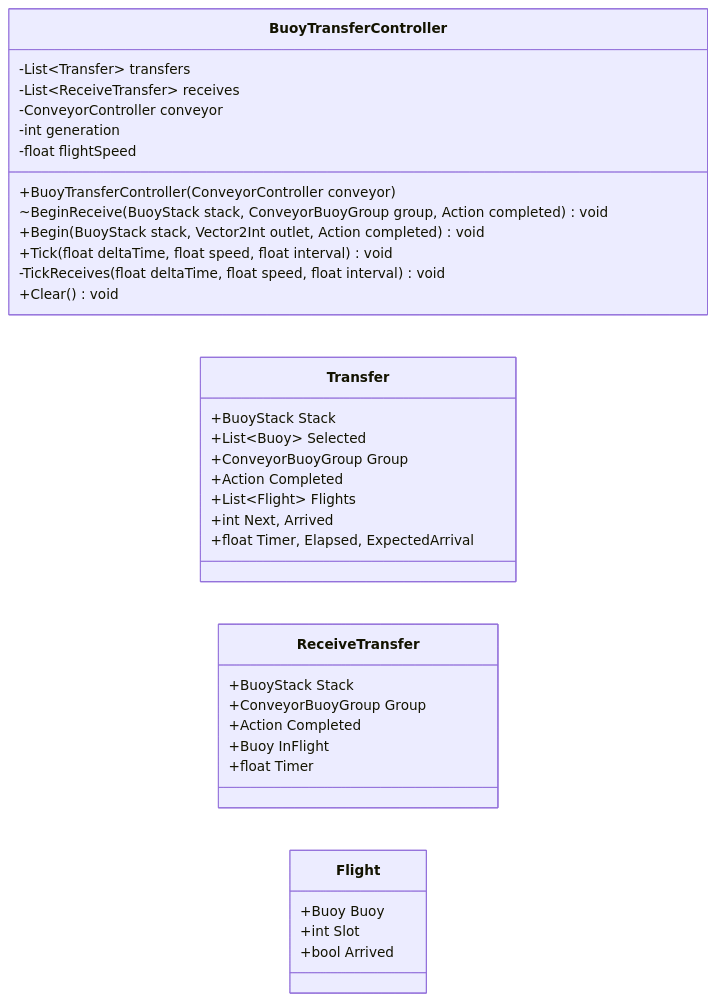
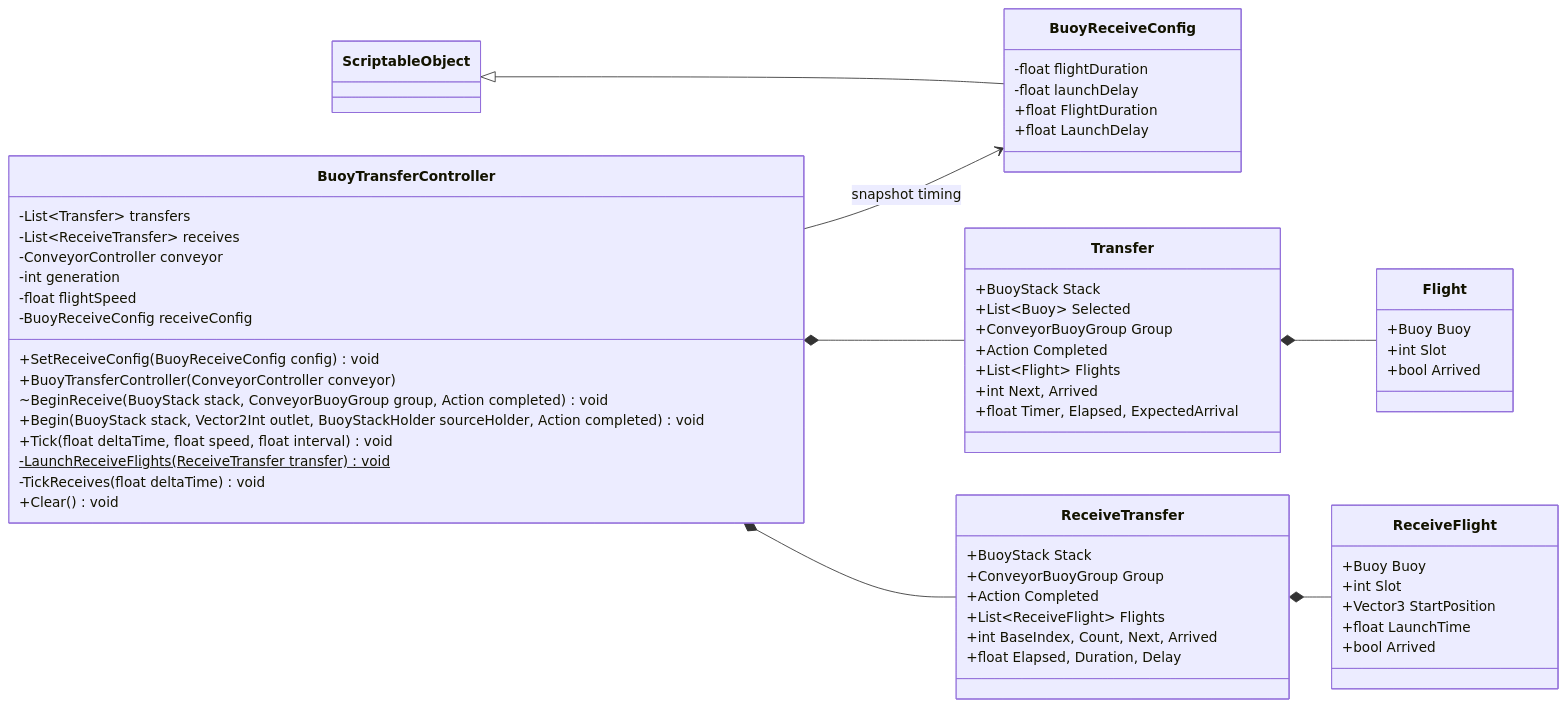
Before and after one commit to nchuoi2443/WaterConveyorSort: the fifth of 7 diagrams in Docs/ClassDiagram.md, drawn with Mermaid. The commit also changed other lines of this file and 25 other files, not shown here.

Commit message:
fix logic change stack in mutiple stack holder

````diff
--- a/Docs/ClassDiagram.md
+++ b/Docs/ClassDiagram.md
@@ -762,38 +811,61 @@
 ```mermaid
 classDiagram
 direction LR
+class BuoyReceiveConfig {
+    -float flightDuration
+    -float launchDelay
+    +float FlightDuration
+    +float LaunchDelay
+}
+ScriptableObject <|-- BuoyReceiveConfig
 class BuoyTransferController {
     -List~Transfer~ transfers
     -List~ReceiveTransfer~ receives
     -ConveyorController conveyor
     -int generation
     -float flightSpeed
+    -BuoyReceiveConfig receiveConfig
+    +SetReceiveConfig(BuoyReceiveConfig config) void
     +BuoyTransferController(ConveyorController conveyor)
     ~BeginReceive(BuoyStack stack, ConveyorBuoyGroup group, Action completed) void
-    +Begin(BuoyStack stack, Vector2Int outlet, Action completed) void
+    +Begin(BuoyStack stack, Vector2Int outlet, BuoyStackHolder sourceHolder, Action completed) void
     +Tick(float deltaTime, float speed, float interval) void
-    -TickReceives(float deltaTime, float speed, float interval) void
+    -LaunchReceiveFlights(ReceiveTransfer transfer) void$
+    -TickReceives(float deltaTime) void
     +Clear() void
 }
 class Transfer {
     +BuoyStack Stack
     +List~Buoy~ Selected
     +ConveyorBuoyGroup Group
     +Action Completed
     +List~Flight~ Flights
     +int Next, Arrived
     +float Timer, Elapsed, ExpectedArrival
 }
 class ReceiveTransfer {
     +BuoyStack Stack
     +ConveyorBuoyGroup Group
     +Action Completed
-    +Buoy InFlight
-    +float Timer
+    +List~ReceiveFlight~ Flights
+    +int BaseIndex, Count, Next, Arrived
+    +float Elapsed, Duration, Delay
+}
+class ReceiveFlight {
+    +Buoy Buoy
+    +int Slot
+    +Vector3 StartPosition
+    +float LaunchTime
+    +bool Arrived
 }
 class Flight {
     +Buoy Buoy
     +int Slot
     +bool Arrived
 }
+BuoyTransferController --> BuoyReceiveConfig : snapshot timing
+BuoyTransferController *-- Transfer
+BuoyTransferController *-- ReceiveTransfer
+Transfer *-- Flight
+ReceiveTransfer *-- ReceiveFlight
 ```
````
